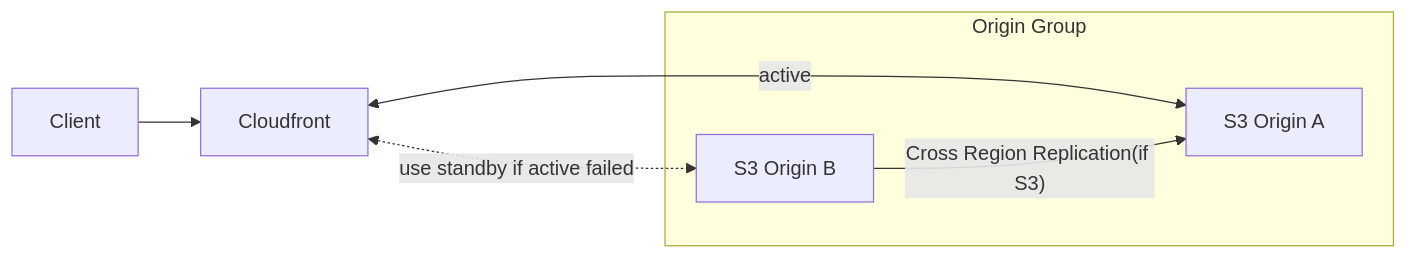
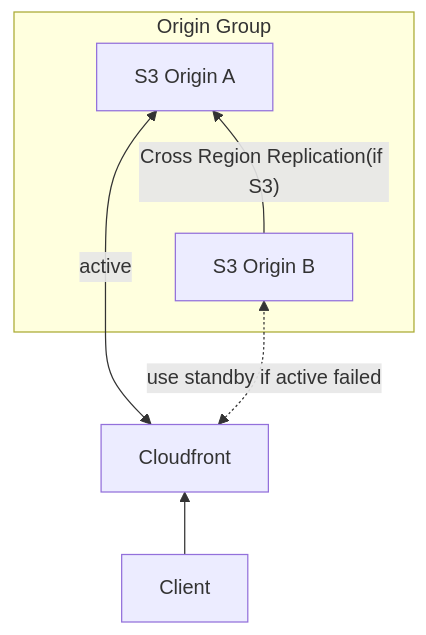
One commit to cool21540125/documentation-notes changed the second of 3 diagrams in aws/CloudFront.md. Above: the diagram before and after it, drawn with Mermaid. The commit also changed other lines of this file and 7 other files, not shown here.

````diff
--- a/aws/CloudFront.md
+++ b/aws/CloudFront.md
@@ -69,13 +81,13 @@
-        ```mermaid
-        flowchart LR
+```mermaid
+flowchart BT
 
-        subgraph Origin Group
-            aa["S3 Origin A"]
-            ss["S3 Origin B"]
-        end
+subgraph Origin Group
+    aa["S3 Origin A"]
+    ss["S3 Origin B"]
+end
 
-        Client --> Cloudfront;
-        Cloudfront <-- active --> aa;
-        Cloudfront <-. use standby if active failed .-> ss;
-        ss -- "Cross Region Replication(if S3)" --> aa;
-        ```
+Client --> Cloudfront;
+Cloudfront <-- active --> aa;
+Cloudfront <-. use standby if active failed .-> ss;
+ss -- "Cross Region Replication(if S3)" --> aa;
+```
````
